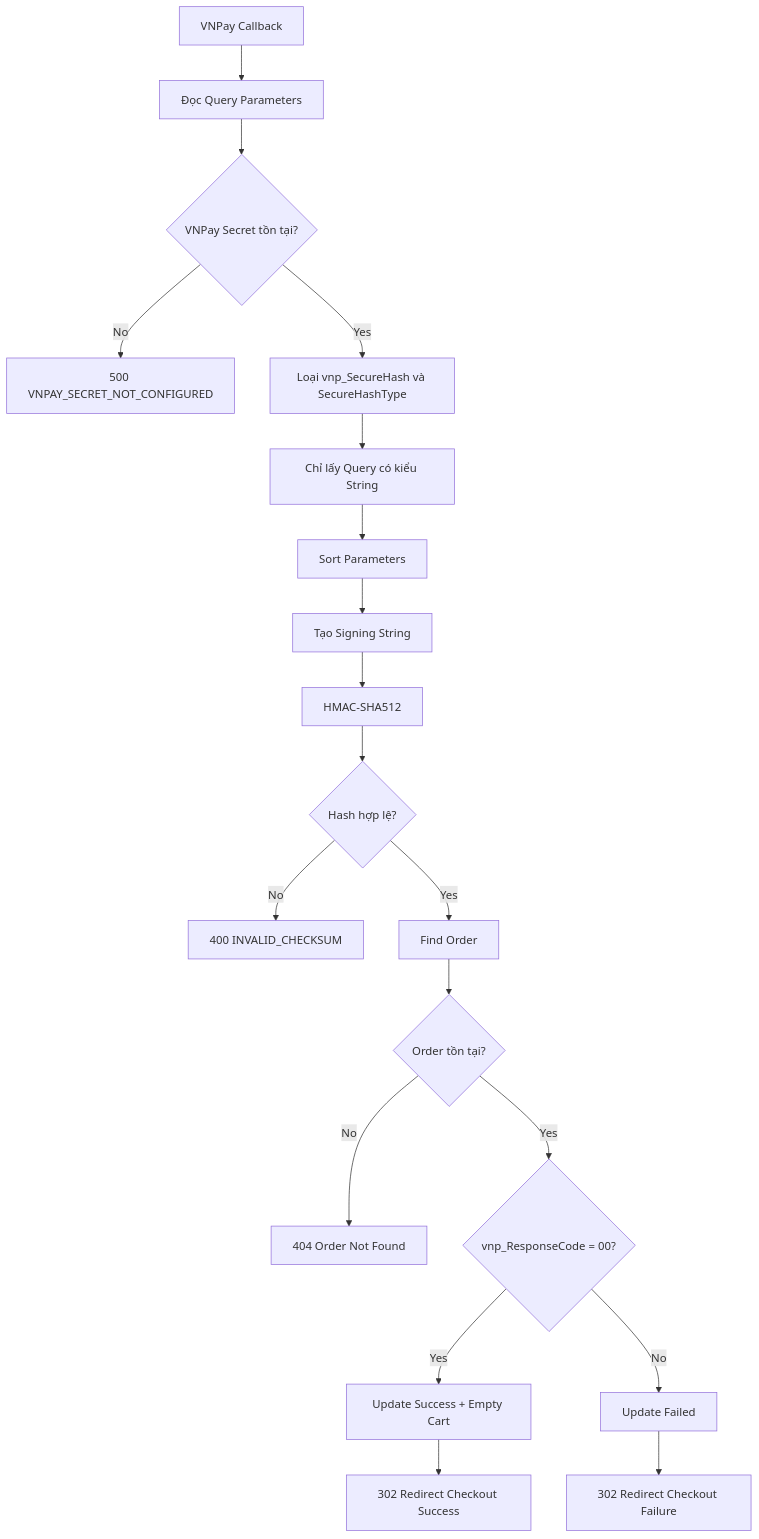
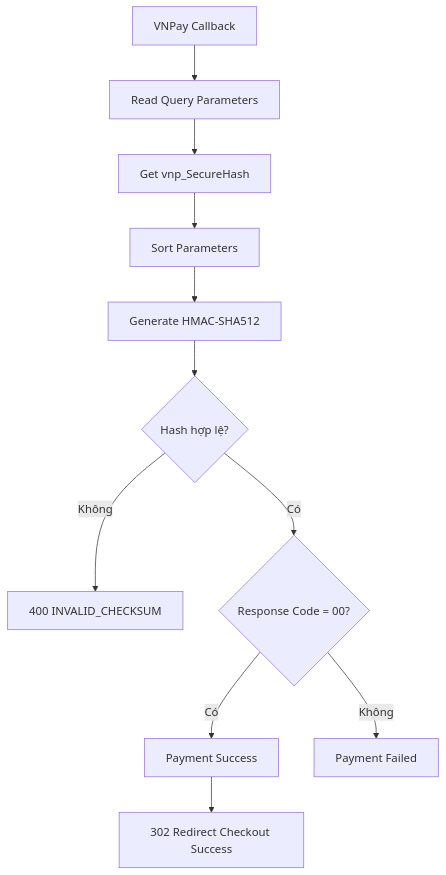
Before and after one commit to ngthdanh05/e-commerce-web: the second of 2 diagrams in Doc/Report/CHECKOUT_TEST_REPORT.md, drawn with Mermaid. The commit also changed other lines of this file, not shown here.

Commit message:
docs: update checkout test report

````diff
--- a/Doc/Report/CHECKOUT_TEST_REPORT.md
+++ b/Doc/Report/CHECKOUT_TEST_REPORT.md
@@ -189,29 +225,22 @@
 ```mermaid
 flowchart TD
-    A[VNPay Callback] --> B[Đọc Query Parameters]
-    B --> C{VNPay Secret tồn tại?}
+    A[VNPay Callback] --> B[Read Query Parameters]
 
-    C -- No --> D[500 VNPAY_SECRET_NOT_CONFIGURED]
-    C -- Yes --> E[Loại vnp_SecureHash và SecureHashType]
+    B --> C[Get vnp_SecureHash]
 
-    E --> F[Chỉ lấy Query có kiểu String]
-    F --> G[Sort Parameters]
-    G --> H[Tạo Signing String]
-    H --> I[HMAC-SHA512]
+    C --> D[Sort Parameters]
 
-    I --> J{Hash hợp lệ?}
+    D --> E[Generate HMAC-SHA512]
 
-    J -- No --> K[400 INVALID_CHECKSUM]
-    J -- Yes --> L[Find Order]
+    E --> F{Hash hợp lệ?}
 
-    L --> M{Order tồn tại?}
+    F -- Không --> G[400 INVALID_CHECKSUM]
 
-    M -- No --> N[404 Order Not Found]
-    M -- Yes --> O{vnp_ResponseCode = 00?}
+    F -- Có --> H{Response Code = 00?}
 
-    O -- Yes --> P[Update Success + Empty Cart]
-    P --> Q[302 Redirect Checkout Success]
+    H -- Có --> I[Payment Success]
 
-    O -- No --> R[Update Failed]
-    R --> S[302 Redirect Checkout Failure]
+    H -- Không --> J[Payment Failed]
+
+    I --> K[302 Redirect Checkout Success]
 ```
````
